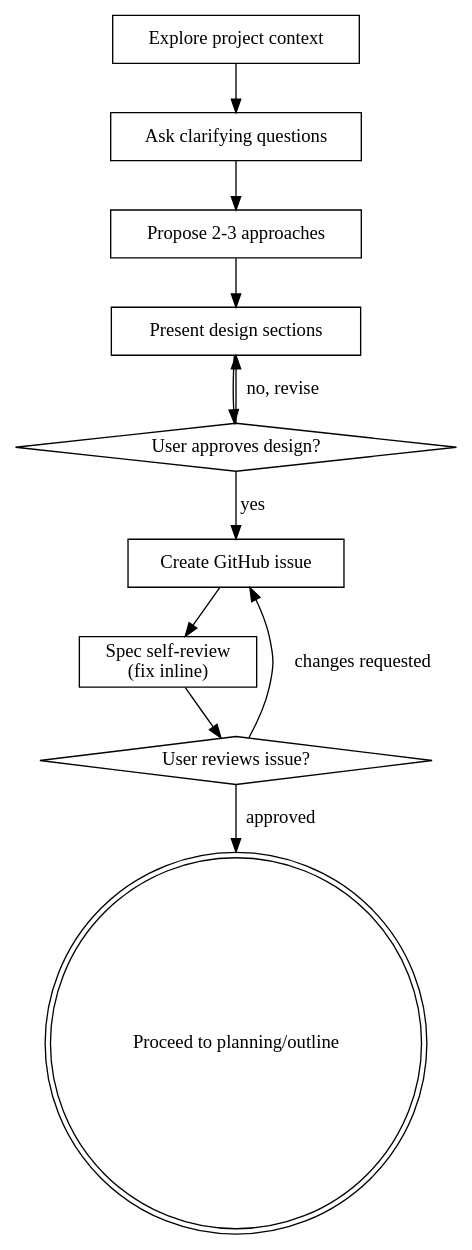
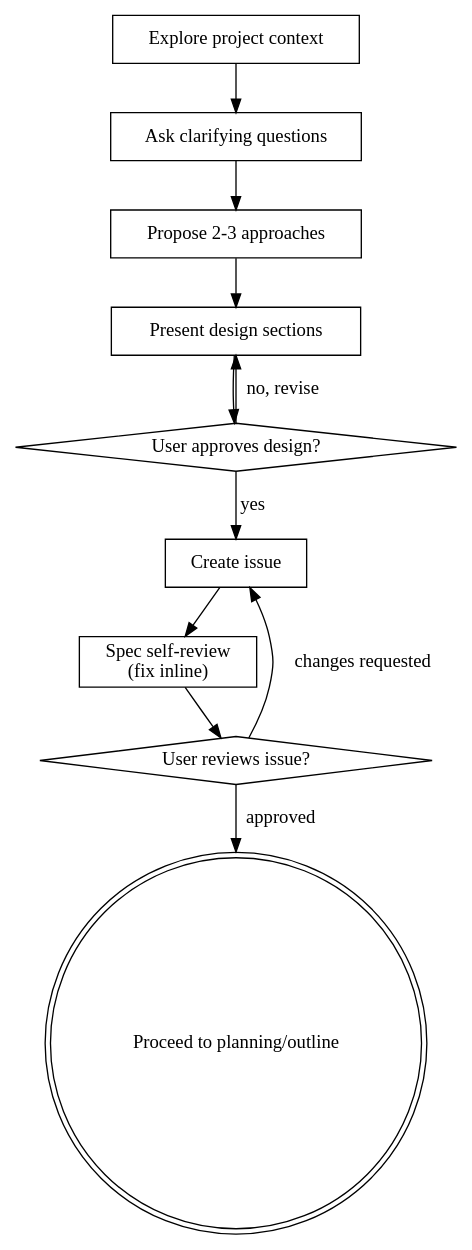
Before and after one commit to ty91/pi-extensions: the diagram in prompts/clarify.md, drawn with Graphviz. The commit also changed other lines of this file, not shown here.

Commit message:
docs: generalize clarify issue publishing

````diff
--- a/prompts/clarify.md
+++ b/prompts/clarify.md
@@ -43,24 +43,24 @@
 ```dot
 digraph clarify {
     "Explore project context" [shape=box];
     "Ask clarifying questions" [shape=box];
     "Propose 2-3 approaches" [shape=box];
     "Present design sections" [shape=box];
     "User approves design?" [shape=diamond];
-    "Create GitHub issue" [shape=box];
+    "Create issue" [shape=box];
     "Spec self-review\n(fix inline)" [shape=box];
     "User reviews issue?" [shape=diamond];
     "Proceed to planning/outline" [shape=doublecircle];
 
     "Explore project context" -> "Ask clarifying questions";
     "Ask clarifying questions" -> "Propose 2-3 approaches";
     "Propose 2-3 approaches" -> "Present design sections";
     "Present design sections" -> "User approves design?";
     "User approves design?" -> "Present design sections" [label="no, revise"];
-    "User approves design?" -> "Create GitHub issue" [label="yes"];
-    "Create GitHub issue" -> "Spec self-review\n(fix inline)";
+    "User approves design?" -> "Create issue" [label="yes"];
+    "Create issue" -> "Spec self-review\n(fix inline)";
     "Spec self-review\n(fix inline)" -> "User reviews issue?";
-    "User reviews issue?" -> "Create GitHub issue" [label="changes requested"];
+    "User reviews issue?" -> "Create issue" [label="changes requested"];
     "User reviews issue?" -> "Proceed to planning/outline" [label="approved"];
 }
 ```
````
